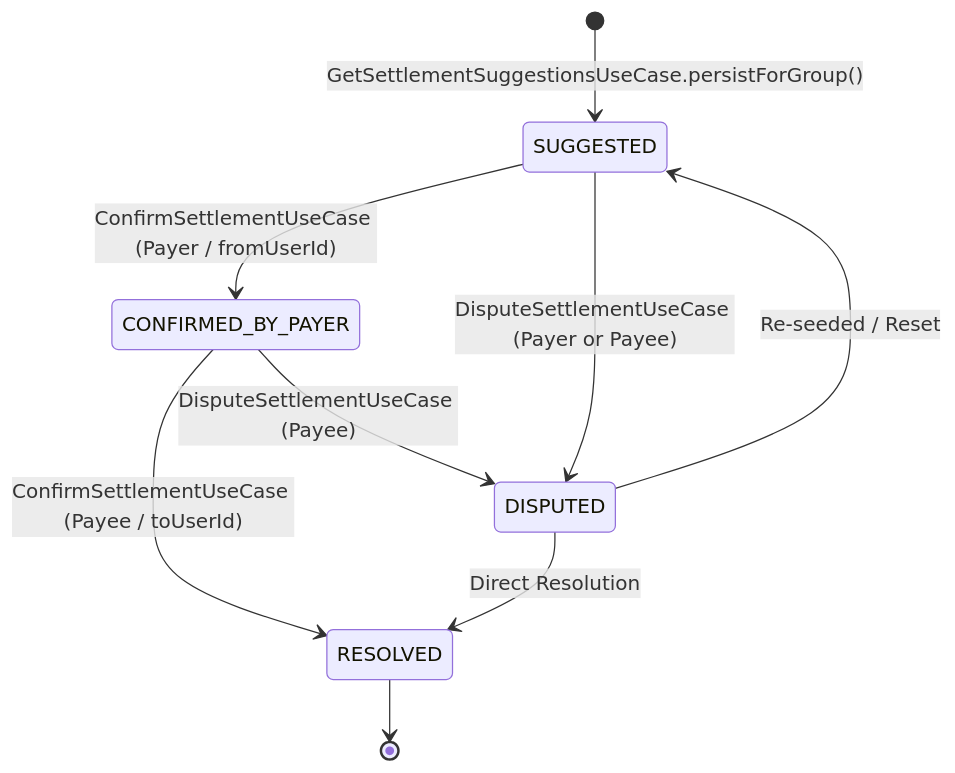
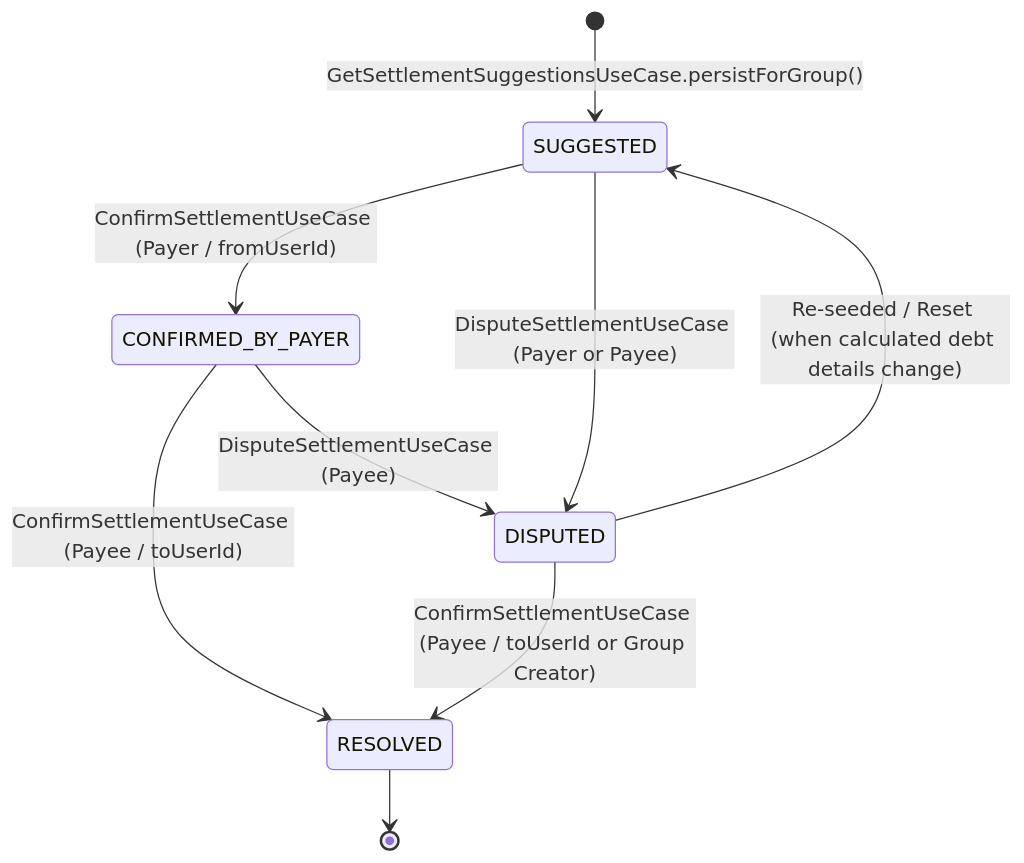
Before and after one commit to pedrazamiguez/expense-share-app: the diagram in wiki/settlement-acknowledgment-and-consensus.md, drawn with Mermaid. The commit also changed other lines of this file and 10 other files, not shown here.

````diff
--- a/wiki/settlement-acknowledgment-and-consensus.md
+++ b/wiki/settlement-acknowledgment-and-consensus.md
@@ -63,15 +63,15 @@
 ```mermaid
 stateDiagram-v2
     [*] --> SUGGESTED: GetSettlementSuggestionsUseCase.persistForGroup()
     
     SUGGESTED --> CONFIRMED_BY_PAYER: ConfirmSettlementUseCase (Payer / fromUserId)
     CONFIRMED_BY_PAYER --> RESOLVED: ConfirmSettlementUseCase (Payee / toUserId)
     
     SUGGESTED --> DISPUTED: DisputeSettlementUseCase (Payer or Payee)
     CONFIRMED_BY_PAYER --> DISPUTED: DisputeSettlementUseCase (Payee)
     
-    DISPUTED --> SUGGESTED: Re-seeded / Reset
-    DISPUTED --> RESOLVED: Direct Resolution
+    DISPUTED --> SUGGESTED: Re-seeded / Reset (when calculated debt details change)
+    DISPUTED --> RESOLVED: ConfirmSettlementUseCase (Payee / toUserId or Group Creator)
     
     RESOLVED --> [*]
 ```
````
